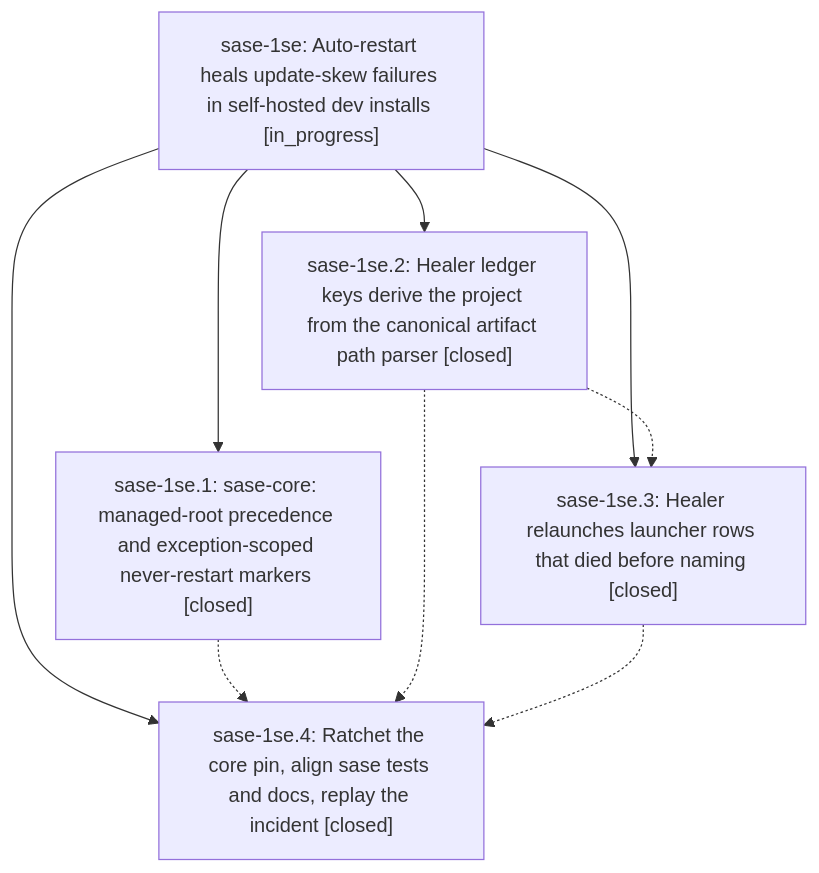
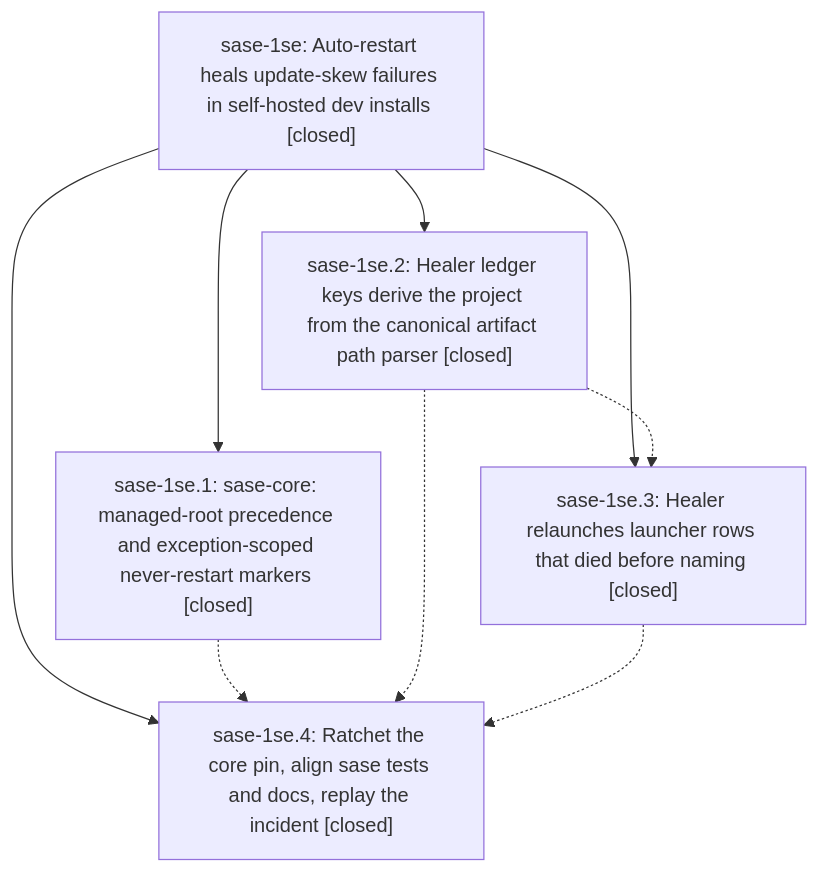
One commit to sase-org/sase--beads changed the diagram in pages/sase-1se/README.md. Above: the diagram before and after it, drawn with Mermaid. The commit also changed other lines of this file, not shown here.

First line of the commit message:
chore(beads): sync bead state and pages for sase-1se

````diff
--- a/pages/sase-1se/README.md
+++ b/pages/sase-1se/README.md
@@ -54,16 +56,16 @@
 ```mermaid
 flowchart TD
-    n0["sase-1se: Auto-restart heals update-skew failures in self-hosted dev installs [in_progress]"]
+    n0["sase-1se: Auto-restart heals update-skew failures in self-hosted dev installs [closed]"]
     n1["sase-1se.1: sase-core: managed-root precedence and exception-scoped never-restart markers [closed]"]
     n2["sase-1se.2: Healer ledger keys derive the project from the canonical artifact path parser [closed]"]
     n3["sase-1se.3: Healer relaunches launcher rows that died before naming [closed]"]
     n4["sase-1se.4: Ratchet the core pin, align sase tests and docs, replay the incident [closed]"]
     n0 --> n1
     n0 --> n2
     n0 --> n3
     n0 --> n4
     n1 -.-> n4
     n2 -.-> n3
     n2 -.-> n4
     n3 -.-> n4
 ```
````
